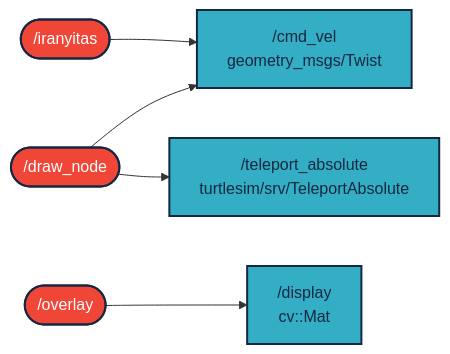
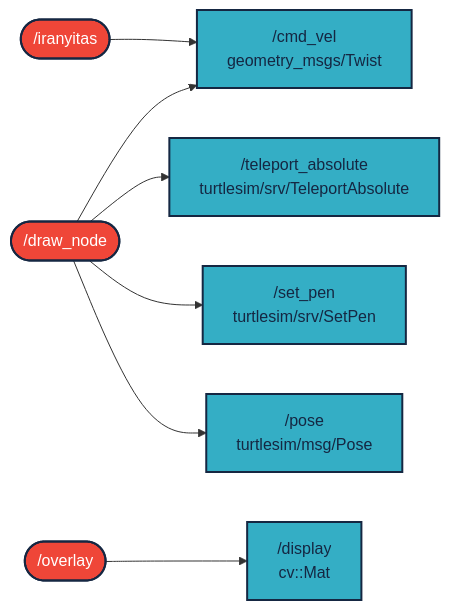
Before and after one commit to SlayM4yd4y/otv_bf7: the diagram in README.md, drawn with Mermaid.

Commit message:
Refactor README.md: Add new draw_node dependencies and connections

````diff
--- a/README.md
+++ b/README.md
@@ -73,13 +73,15 @@
 ``` mermaid
 graph LR;
 
 draw([ /draw_node]):::red --> cmd_vel[ /cmd_vel<br/>geometry_msgs/Twist]:::light
 draw --> teleport[ /teleport_absolute<br/>turtlesim/srv/TeleportAbsolute]:::light
+draw --> set_pen[ /set_pen<br/>turtlesim/srv/SetPen]:::light
+draw --> pose[ /pose<br/>turtlesim/msg/Pose]:::light
 iranyitas([ /iranyitas]):::red --> cmd_vel
 overlay([ /overlay]):::red --> display[ /display<br/>cv::Mat]:::light
 
 classDef light fill:#34aec5,stroke:#152742,stroke-width:2px,color:#152742  
 classDef dark fill:#152742,stroke:#34aec5,stroke-width:2px,color:#34aec5
 classDef white fill:#ffffff,stroke:#152742,stroke-width:2px,color:#152742
 classDef red fill:#ef4638,stroke:#152742,stroke-width:2px,color:#fff
 ```
````
